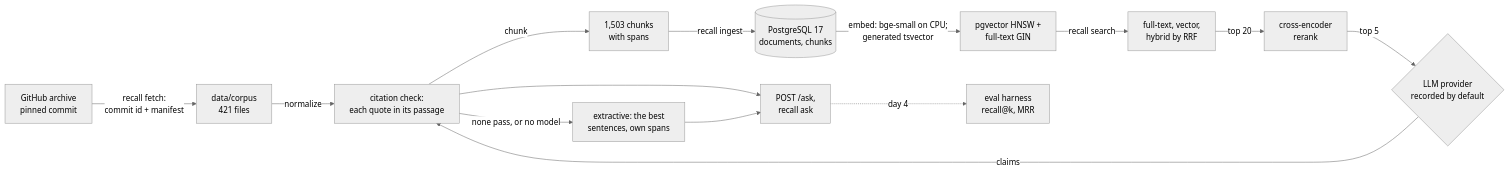
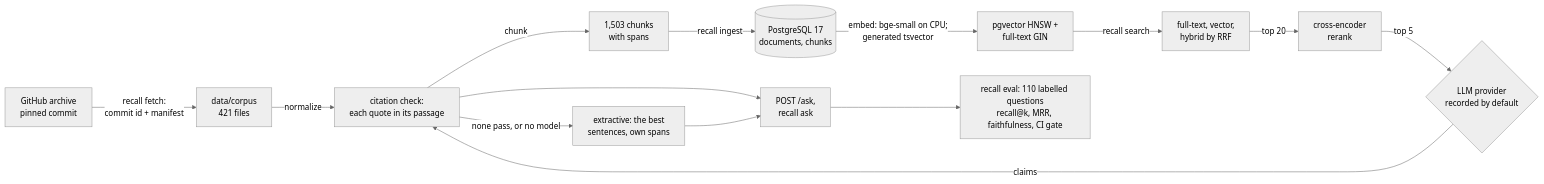
One commit to vivekdavara/recall changed the diagram in README.md. Above: the diagram before and after it, drawn with Mermaid (neutral theme). The commit also changed other lines of this file, not shown here.

First line of the commit message:
README: day 4 (status, layout, how to run, results, tests, decisions, limitations)

````diff
--- a/README.md
+++ b/README.md
@@ -34,16 +34,16 @@
 ```mermaid
 flowchart LR
     A[GitHub archive<br/>pinned commit] -->|recall fetch:<br/>commit id + manifest| B[data/corpus<br/>421 files]
     B -->|normalize| C[125 pages of<br/>plain Markdown]
     C -->|chunk| D[1,503 chunks<br/>with spans]
     D -->|recall ingest| E[(PostgreSQL 17<br/>documents, chunks)]
     E -->|embed: bge-small on CPU;<br/>generated tsvector| F[pgvector HNSW +<br/>full-text GIN]
     F -->|recall search| R[full-text, vector,<br/>hybrid by RRF]
     R -->|top 20| X[cross-encoder<br/>rerank]
     X -->|top 5| G{LLM provider<br/>recorded by default}
     G -->|claims| C[citation check:<br/>each quote in its passage]
     C -->|none pass, or no model| XT[extractive: the best<br/>sentences, own spans]
     C --> API[POST /ask,<br/>recall ask]
     XT --> API
-    API -.->|day 4| H[eval harness<br/>recall@k, MRR]
+    API --> H[recall eval: 110 labelled questions<br/>recall@k, MRR, faithfulness, CI gate]
 ```
````
